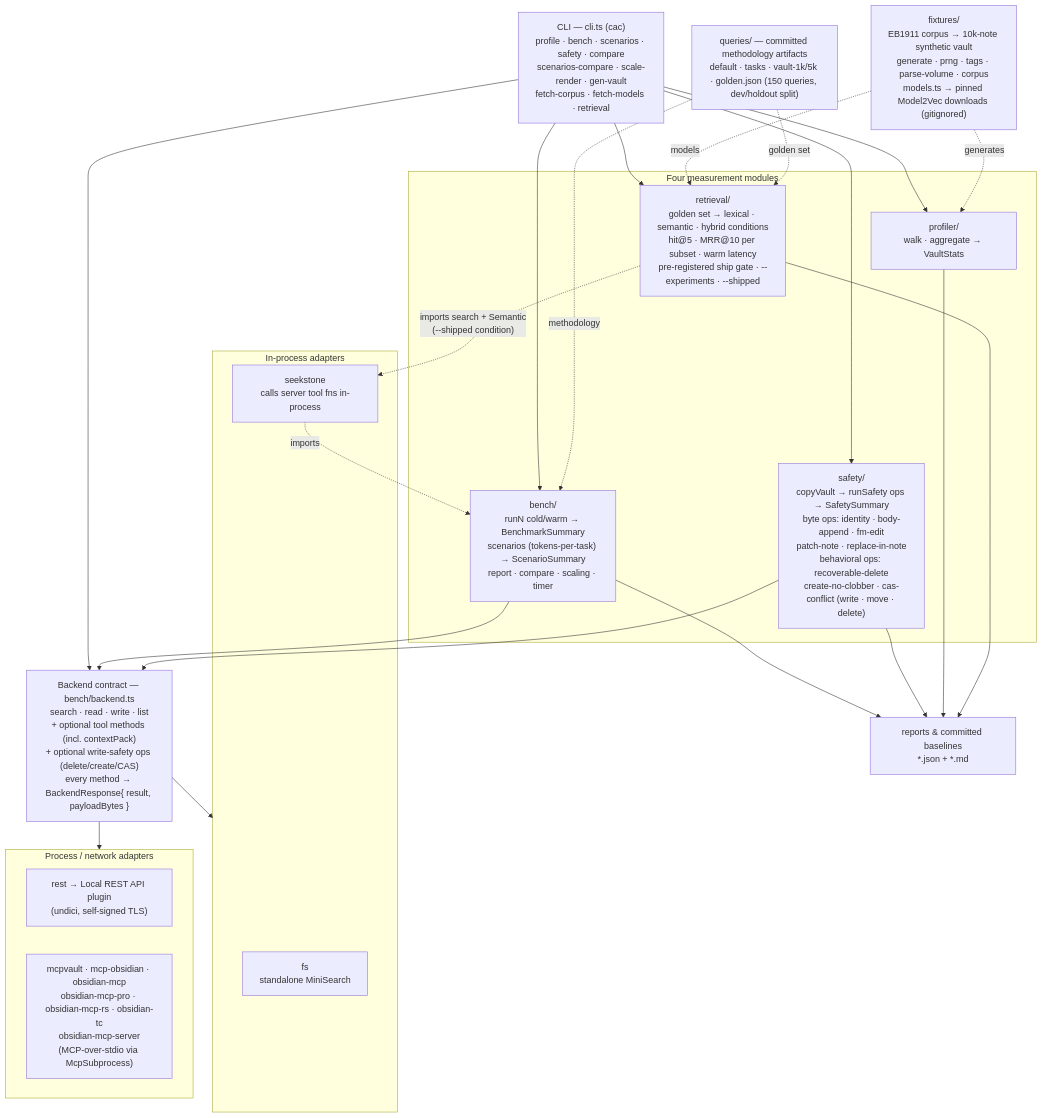
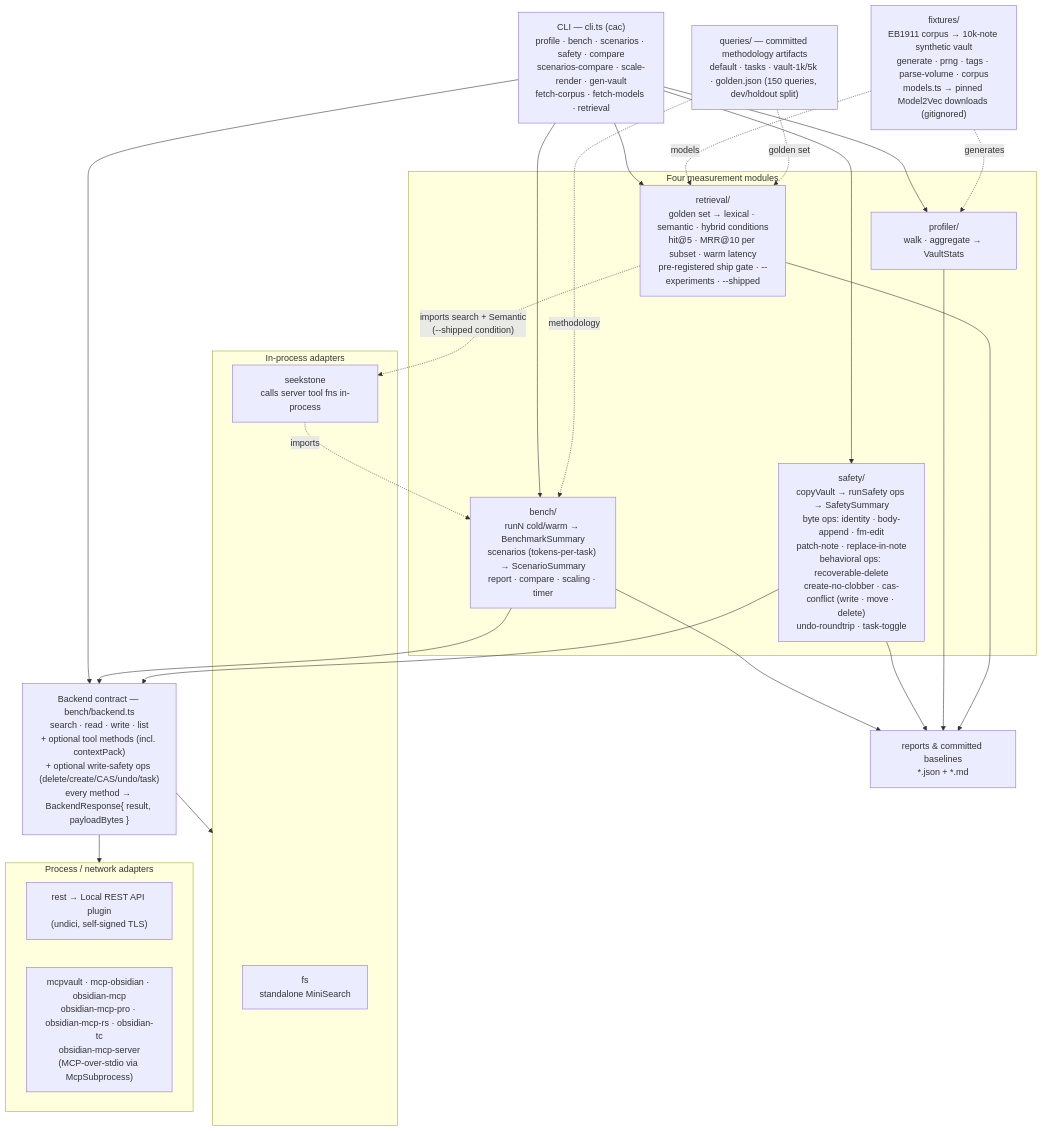
The fourth of 5 diagrams in docs/ARCHITECTURE.md (shaqmughal/seekstone), drawn with Mermaid before and after one commit. The commit also changed other lines of this file and 6 other files, not shown here.

First line of the commit message:
docs: npm README lists all 25 tools; architecture + harness docs match the ten-op safety suite (#371)

````diff
--- a/docs/ARCHITECTURE.md
+++ b/docs/ARCHITECTURE.md
@@ -285,46 +285,46 @@
 ```mermaid
 flowchart TD
     cli["CLI — cli.ts (cac)<br/>profile · bench · scenarios · safety · compare<br/>scenarios-compare · scale-render · gen-vault<br/>fetch-corpus · fetch-models · retrieval"]
 
-    backend["Backend contract — bench/backend.ts<br/>search · read · write · list<br/>+ optional tool methods (incl. contextPack)<br/>+ optional write-safety ops (delete/create/CAS)<br/>every method → BackendResponse{ result, payloadBytes }"]
+    backend["Backend contract — bench/backend.ts<br/>search · read · write · list<br/>+ optional tool methods (incl. contextPack)<br/>+ optional write-safety ops (delete/create/CAS/undo/task)<br/>every method → BackendResponse{ result, payloadBytes }"]
 
     subgraph inproc["In-process adapters"]
         fs["fs<br/>standalone MiniSearch"]
         seek["seekstone<br/>calls server tool fns in-process"]
     end
     subgraph extern["Process / network adapters"]
         rest["rest → Local REST API plugin<br/>(undici, self-signed TLS)"]
         mcp["mcpvault · mcp-obsidian · obsidian-mcp<br/>obsidian-mcp-pro · obsidian-mcp-rs · obsidian-tc<br/>obsidian-mcp-server<br/>(MCP-over-stdio via McpSubprocess)"]
     end
 
     subgraph modules["Four measurement modules"]
         profiler["profiler/<br/>walk · aggregate → VaultStats"]
         bench["bench/<br/>runN cold/warm → BenchmarkSummary<br/>scenarios (tokens-per-task) → ScenarioSummary<br/>report · compare · scaling · timer"]
-        safety["safety/<br/>copyVault → runSafety ops → SafetySummary<br/>byte ops: identity · body-append · fm-edit<br/>patch-note · replace-in-note<br/>behavioral ops: recoverable-delete<br/>create-no-clobber · cas-conflict (write · move · delete)"]
+        safety["safety/<br/>copyVault → runSafety ops → SafetySummary<br/>byte ops: identity · body-append · fm-edit<br/>patch-note · replace-in-note<br/>behavioral ops: recoverable-delete<br/>create-no-clobber · cas-conflict (write · move · delete)<br/>undo-roundtrip · task-toggle"]
         retrieval["retrieval/<br/>golden set → lexical · semantic · hybrid conditions<br/>hit@5 · MRR@10 per subset · warm latency<br/>pre-registered ship gate · --experiments · --shipped"]
     end
 
     fixtures["fixtures/<br/>EB1911 corpus → 10k-note synthetic vault<br/>generate · prng · tags · parse-volume · corpus<br/>models.ts → pinned Model2Vec downloads (gitignored)"]
     queries["queries/ — committed methodology artifacts<br/>default · tasks · vault-1k/5k · golden.json (150 queries, dev/holdout split)"]
     reports["reports & committed baselines<br/>*.json + *.md"]
 
     cli --> profiler
     cli --> bench
     cli --> safety
     cli --> retrieval
     cli --> backend
     backend --> inproc
     backend --> extern
     bench --> backend
     safety --> backend
     bench --> reports
     safety --> reports
     profiler --> reports
     retrieval --> reports
     fixtures -. generates .-> profiler
     fixtures -. models .-> retrieval
     queries -. methodology .-> bench
     queries -. golden set .-> retrieval
     retrieval -. "imports search + Semantic<br/>(--shipped condition)" .-> seek
     seek -. imports .-> bench
 ```
````
